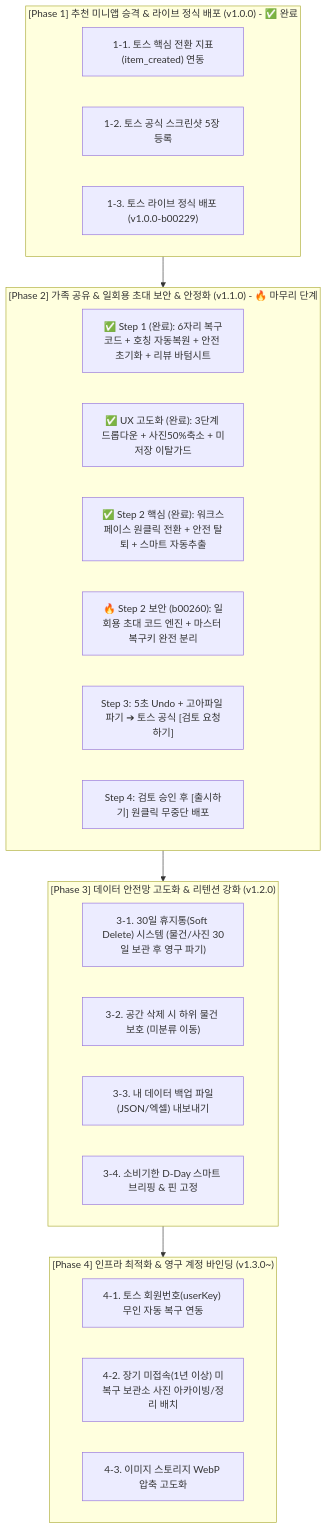
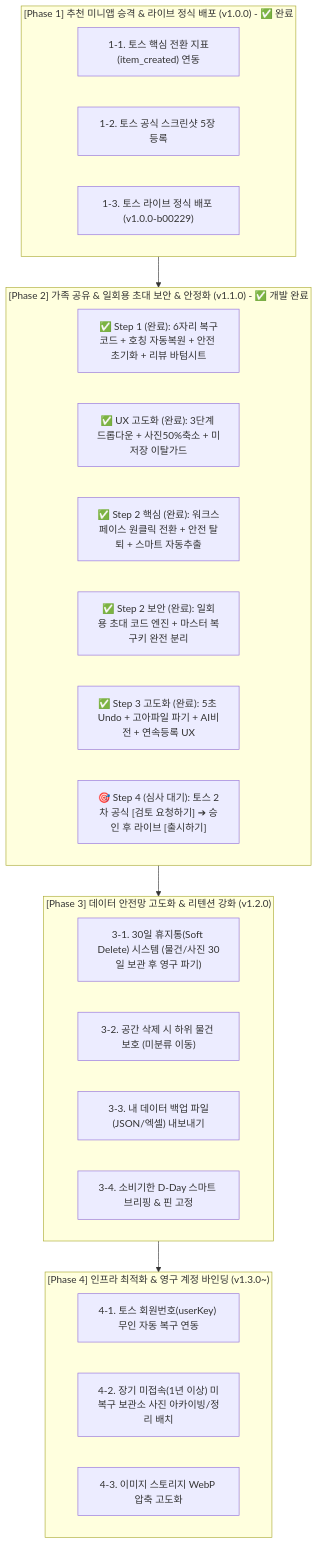
The third of 3 diagrams in docs/roadmap_and_summary.md (tauriqon/where-is-it), drawn with Mermaid before and after one commit. The commit also changed other lines of this file, not shown here.

Commit message:
docs: update master roadmap to reflect Phase 2 completion (v1.1.0-b00284)

````diff
--- a/docs/roadmap_and_summary.md
+++ b/docs/roadmap_and_summary.md
@@ -105,34 +116,34 @@
 ```mermaid
 flowchart TD
     subgraph Phase1["[Phase 1] 추천 미니앱 승격 & 라이브 정식 배포 (v1.0.0) - ✅ 완료"]
         P1_1["1-1. 토스 핵심 전환 지표(item_created) 연동"]
         P1_2["1-2. 토스 공식 스크린샷 5장 등록"]
         P1_3["1-3. 토스 라이브 정식 배포 (v1.0.0-b00229)"]
     end
 
-    subgraph Phase2["[Phase 2] 가족 공유 & 일회용 초대 보안 & 안정화 (v1.1.0) - 🔥 마무리 단계"]
+    subgraph Phase2["[Phase 2] 가족 공유 & 일회용 초대 보안 & 안정화 (v1.1.0) - ✅ 개발 완료"]
         P2_Step1["✅ Step 1 (완료): 6자리 복구코드 + 호칭 자동복원 + 안전 초기화 + 리뷰 바텀시트"]
         P2_StepUX["✅ UX 고도화 (완료): 3단계 드롭다운 + 사진50%축소 + 미저장 이탈가드"]
         P2_Step2["✅ Step 2 핵심 (완료): 워크스페이스 원클릭 전환 + 안전 탈퇴 + 스마트 자동추출"]
-        P2_StepSec["🔥 Step 2 보안 (b00260): 일회용 초대 코드 엔진 + 마스터 복구키 완전 분리"]
-        P2_Step3["Step 3: 5초 Undo + 고아파일 파기 ➔ 토스 공식 [검토 요청하기]"]
-        P2_Step4["Step 4: 검토 승인 후 [출시하기] 원클릭 무중단 배포"]
+        P2_StepSec["✅ Step 2 보안 (완료): 일회용 초대 코드 엔진 + 마스터 복구키 완전 분리"]
+        P2_Step3["✅ Step 3 고도화 (완료): 5초 Undo + 고아파일 파기 + AI비전 + 연속등록 UX"]
+        P2_Step4["🎯 Step 4 (심사 대기): 토스 2차 공식 [검토 요청하기] ➔ 승인 후 라이브 [출시하기]"]
     end
 
     subgraph Phase3["[Phase 3] 데이터 안전망 고도화 & 리텐션 강화 (v1.2.0)"]
         P3_1["3-1. 30일 휴지통(Soft Delete) 시스템 (물건/사진 30일 보관 후 영구 파기)"]
         P3_2["3-2. 공간 삭제 시 하위 물건 보호 (미분류 이동)"]
         P3_3["3-3. 내 데이터 백업 파일(JSON/엑셀) 내보내기"]
         P3_4["3-4. 소비기한 D-Day 스마트 브리핑 & 핀 고정"]
     end
 
     subgraph Phase4["[Phase 4] 인프라 최적화 & 영구 계정 바인딩 (v1.3.0~)"]
         P4_1["4-1. 토스 회원번호(userKey) 무인 자동 복구 연동"]
         P4_2["4-2. 장기 미접속(1년 이상) 미복구 보관소 사진 아카이빙/정리 배치"]
         P4_3["4-3. 이미지 스토리지 WebP 압축 고도화"]
     end
 
     Phase1 --> Phase2
     Phase2 --> Phase3
     Phase3 --> Phase4
 ```
````
